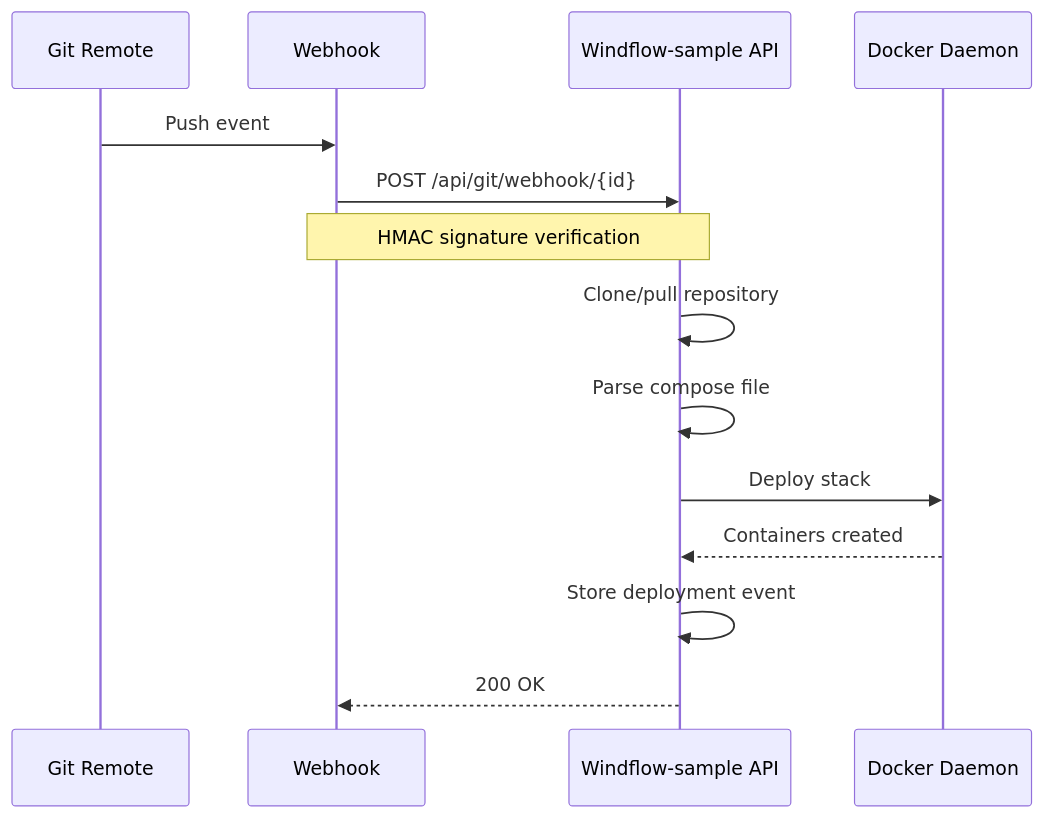
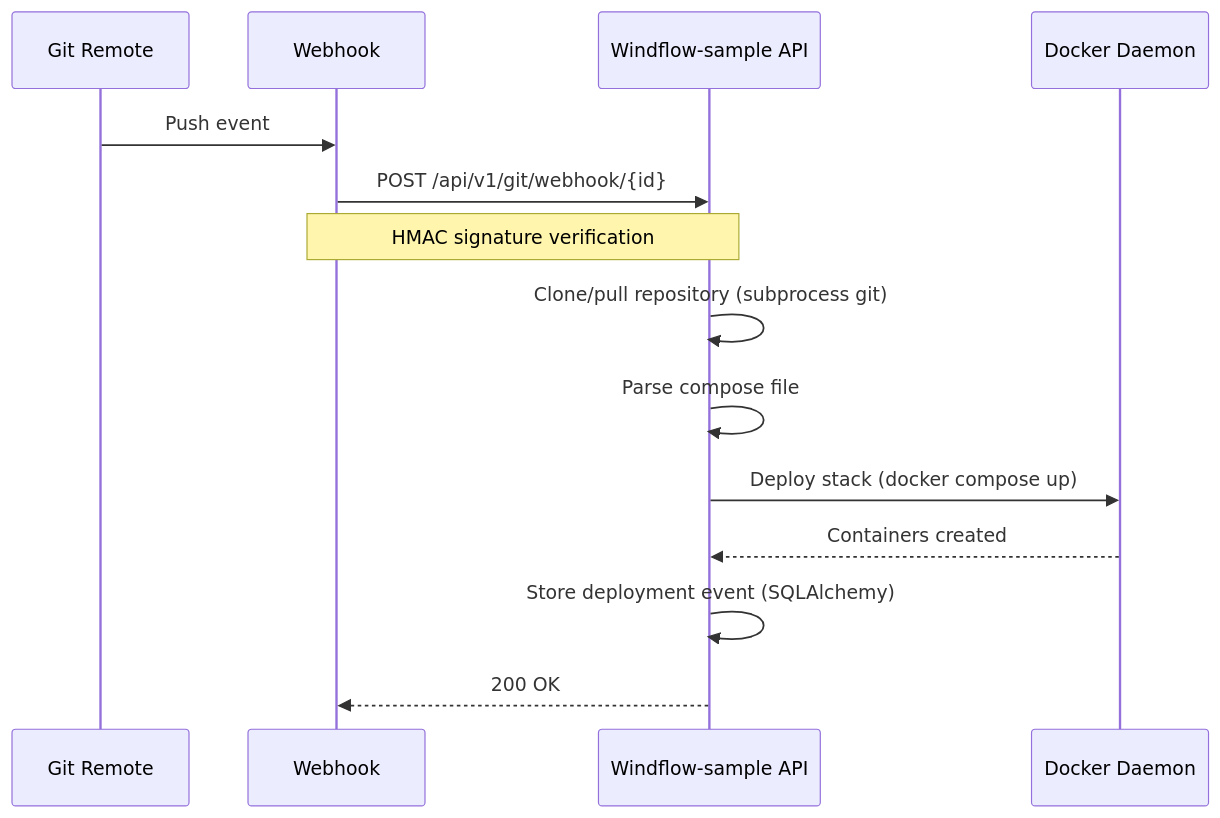
The third of 4 diagrams in docs_windflow_simple/01-ARCHITECTURE.md (stefapi/windflow), drawn with Mermaid before and after one commit. The commit also changed other lines of this file and 3 other files, not shown here.

````diff
--- a/docs_windflow_simple/01-ARCHITECTURE.md
+++ b/docs_windflow_simple/01-ARCHITECTURE.md
@@ -109,17 +109,17 @@
 ```mermaid
 sequenceDiagram
     participant Git as Git Remote
     participant Webhook as Webhook
     participant API as Windflow-sample API
     participant Docker as Docker Daemon
 
     Git->>Webhook: Push event
-    Webhook->>API: POST /api/git/webhook/{id}
+    Webhook->>API: POST /api/v1/git/webhook/{id}
     Note over Webhook,API: HMAC signature verification
-    API->>API: Clone/pull repository
+    API->>API: Clone/pull repository (subprocess git)
     API->>API: Parse compose file
-    API->>Docker: Deploy stack
+    API->>Docker: Deploy stack (docker compose up)
     Docker-->>API: Containers created
-    API->>API: Store deployment event
+    API->>API: Store deployment event (SQLAlchemy)
     API-->>Webhook: 200 OK
 ```
````
